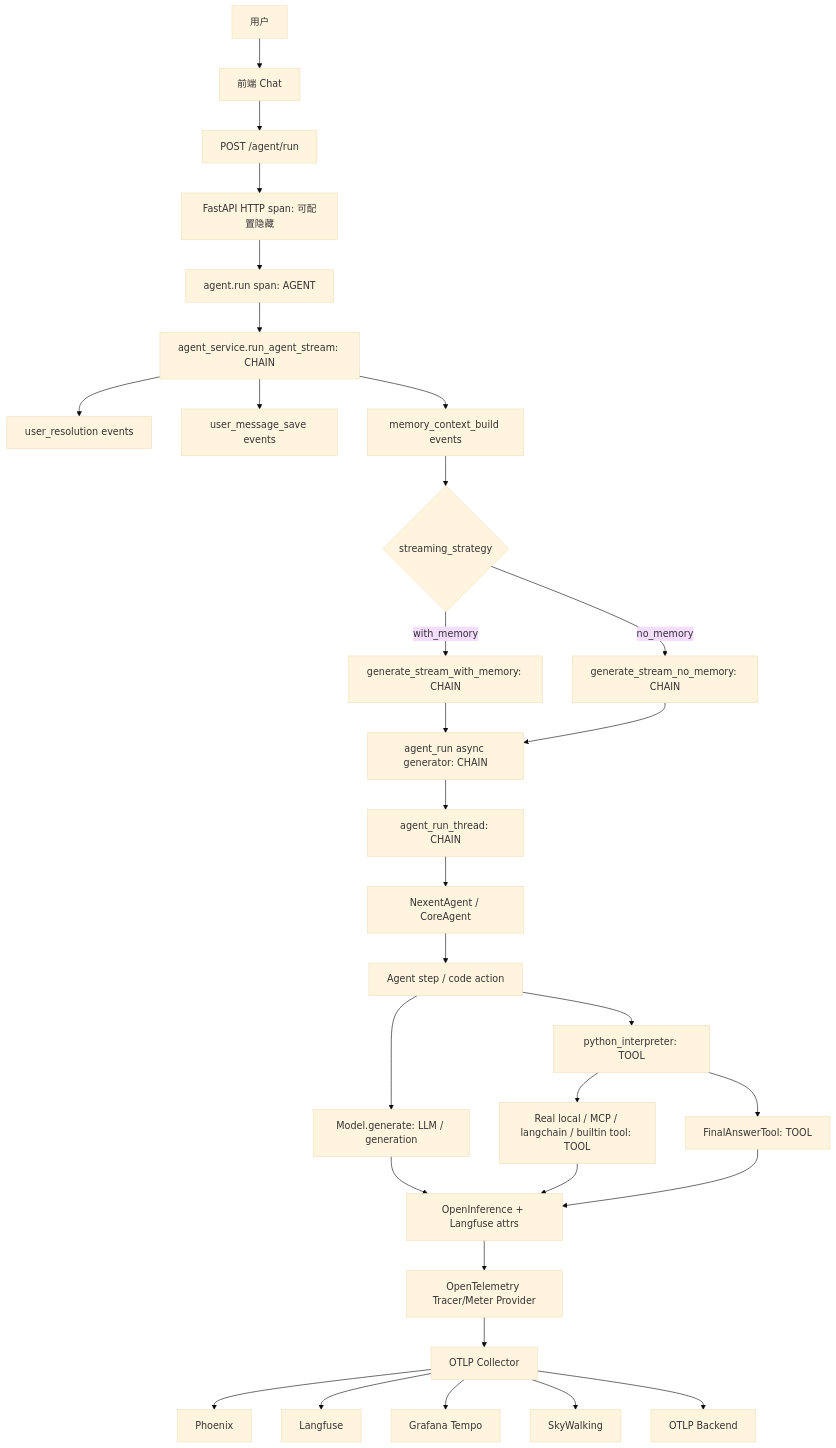
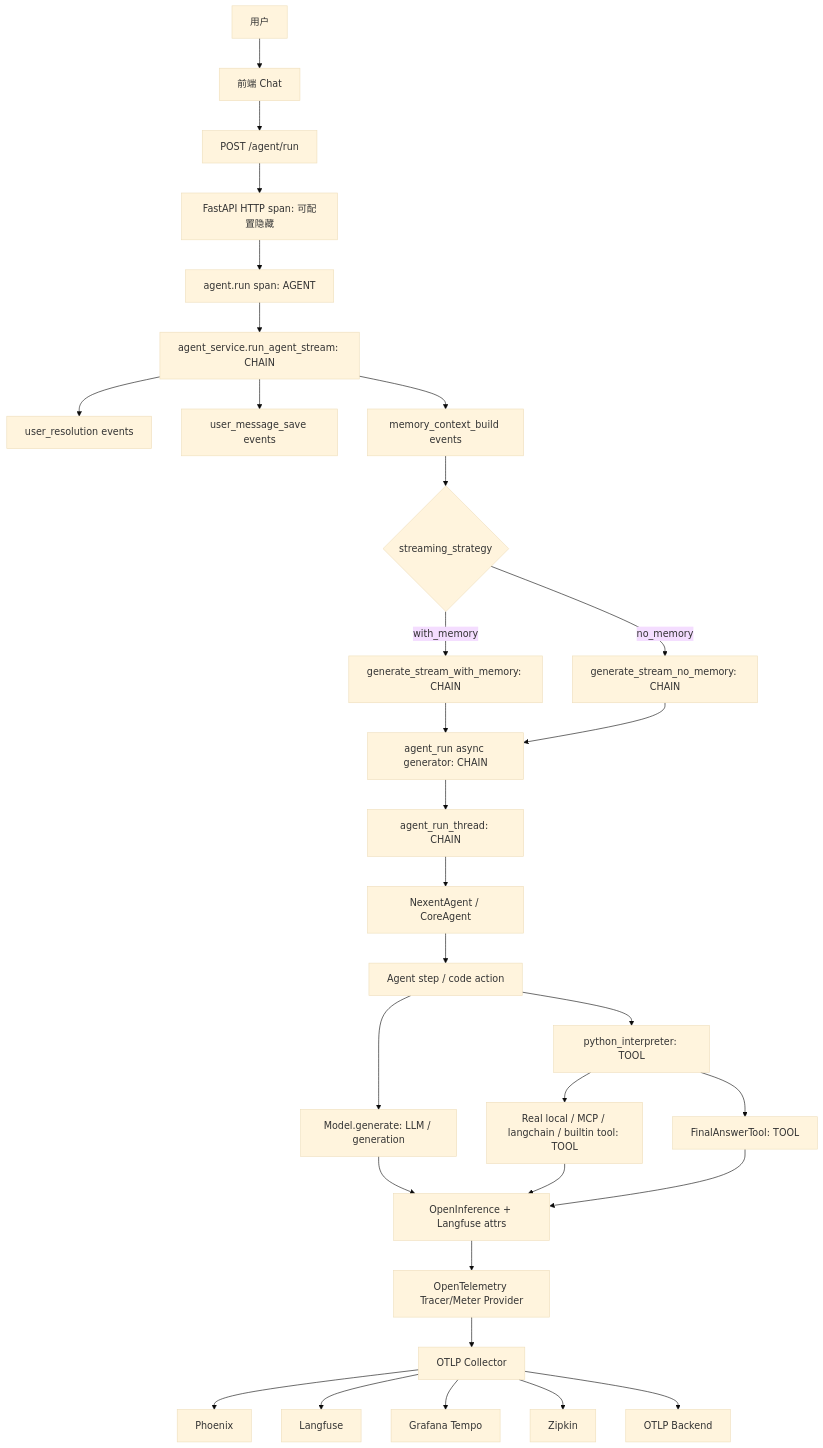
Before and after one commit to ModelEngine-Group/nexent: the second of 3 diagrams in doc/docs/zh/sdk/opentelemetry-design.md, drawn with Mermaid (base theme). The commit also changed other lines of this file and 19 other files, not shown here.

````diff
--- a/doc/docs/zh/sdk/opentelemetry-design.md
+++ b/doc/docs/zh/sdk/opentelemetry-design.md
@@ -505,33 +486,33 @@
 ```mermaid
 flowchart TD
   U[用户] --> FE[前端 Chat]
   FE --> API[POST /agent/run]
   API --> HTTP[FastAPI HTTP span: 可配置隐藏]
   HTTP --> A0[agent.run span: AGENT]
   A0 --> S1[agent_service.run_agent_stream: CHAIN]
   S1 --> R[user_resolution events]
   S1 --> Save[user_message_save events]
   S1 --> Mem[memory_context_build events]
   Mem --> Strategy{streaming_strategy}
   Strategy -->|with_memory| G1[generate_stream_with_memory: CHAIN]
   Strategy -->|no_memory| G2[generate_stream_no_memory: CHAIN]
   G1 --> AR[agent_run async generator: CHAIN]
   G2 --> AR
   AR --> Thread[agent_run_thread: CHAIN]
   Thread --> NX[NexentAgent / CoreAgent]
   NX --> Step[Agent step / code action]
   Step --> LLM[Model.generate: LLM / generation]
   Step --> PY[python_interpreter: TOOL]
   PY --> Tool[Real local / MCP / langchain / builtin tool: TOOL]
   PY --> Final[FinalAnswerTool: TOOL]
   LLM --> Attr1[OpenInference + Langfuse attrs]
   Tool --> Attr1
   Final --> Attr1
   Attr1 --> OTel[OpenTelemetry Tracer/Meter Provider]
   OTel --> Collector[OTLP Collector]
   Collector --> Phoenix[Phoenix]
   Collector --> Langfuse[Langfuse]
   Collector --> Tempo[Grafana Tempo]
-  Collector --> SkyWalking[SkyWalking]
+  Collector --> Zipkin[Zipkin]
   Collector --> Other[OTLP Backend]
 ```
````
